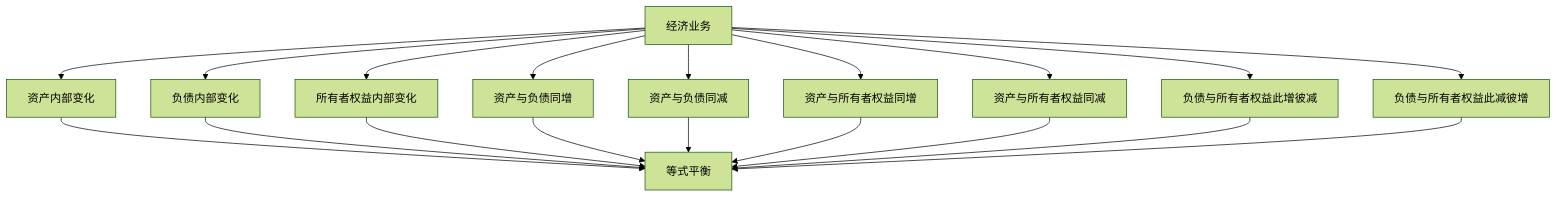
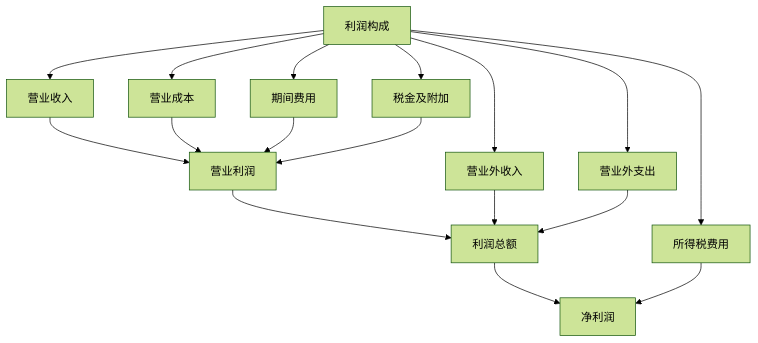
The sixth of 10 diagrams in 会计学/01-基础认知层/会计要素与等式/03-要素关系图解.md (Anping2017/obsidian), drawn with Mermaid (forest theme) before and after one commit. The commit also changed other lines of this file and 22 other files, not shown here.

````diff
--- a/会计学/01-基础认知层/会计要素与等式/03-要素关系图解.md
+++ b/会计学/01-基础认知层/会计要素与等式/03-要素关系图解.md
@@ -165,22 +136,22 @@
 ```mermaid
 graph TD
-    A[经济业务] --> B[资产内部变化]
-    A --> C[负债内部变化]
-    A --> D[所有者权益内部变化]
-    A --> E[资产与负债同增]
-    A --> F[资产与负债同减]
-    A --> G[资产与所有者权益同增]
-    A --> H[资产与所有者权益同减]
-    A --> I[负债与所有者权益此增彼减]
-    A --> J[负债与所有者权益此减彼增]
+    A[营业收入] --> B[营业利润]
+    C[营业成本] --> B
+    D[期间费用] --> B
+    E[税金及附加] --> B
     
-    B --> K[等式平衡]
-    C --> K
-    D --> K
-    E --> K
-    F --> K
-    G --> K
-    H --> K
-    I --> K
-    J --> K
+    B --> F[利润总额]
+    G[营业外收入] --> F
+    H[营业外支出] --> F
+    
+    F --> I[净利润]
+    J[所得税费用] --> I
+    
+    K[利润构成] --> A
+    K --> C
+    K --> D
+    K --> E
+    K --> G
+    K --> H
+    K --> J
 ```
````
